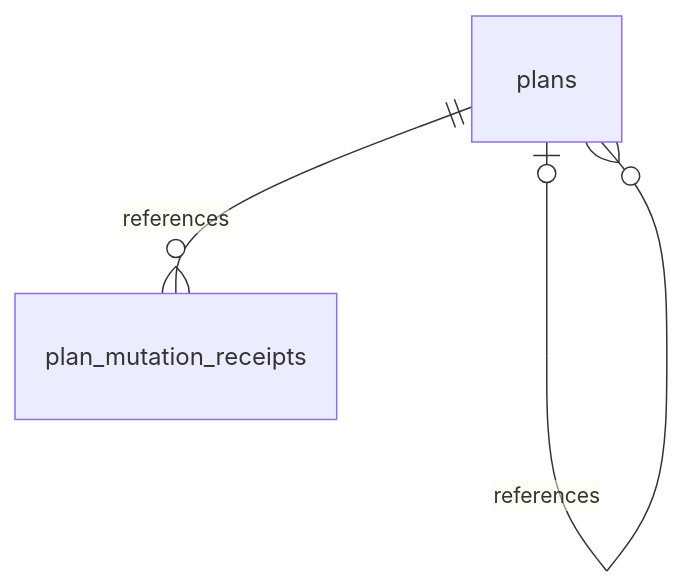
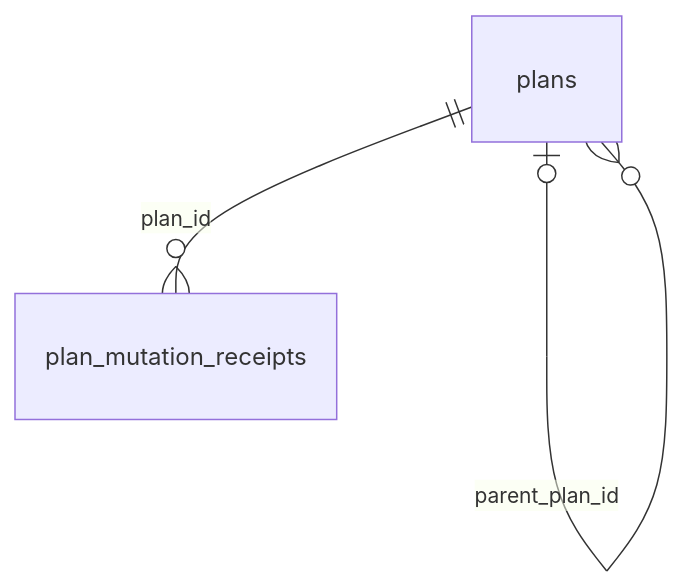
Before and after one commit to cebertowicz/corsia: the third of 5 diagrams in docs/reference/data-model/plans.md, drawn with Mermaid. The commit also changed other lines of this file and 10 other files, not shown here.

````diff
--- a/docs/reference/data-model/plans.md
+++ b/docs/reference/data-model/plans.md
@@ -31,5 +31,5 @@
 ```mermaid
 erDiagram
-    plans ||--o{ plan_mutation_receipts : references
-    plans o|--o{ plans : references
+    plans ||--o{ plan_mutation_receipts : plan_id
+    plans o|--o{ plans : parent_plan_id
 ```
````
